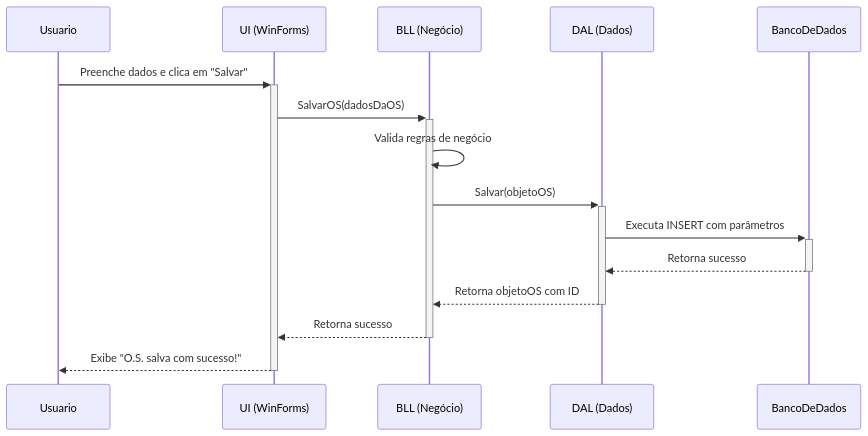
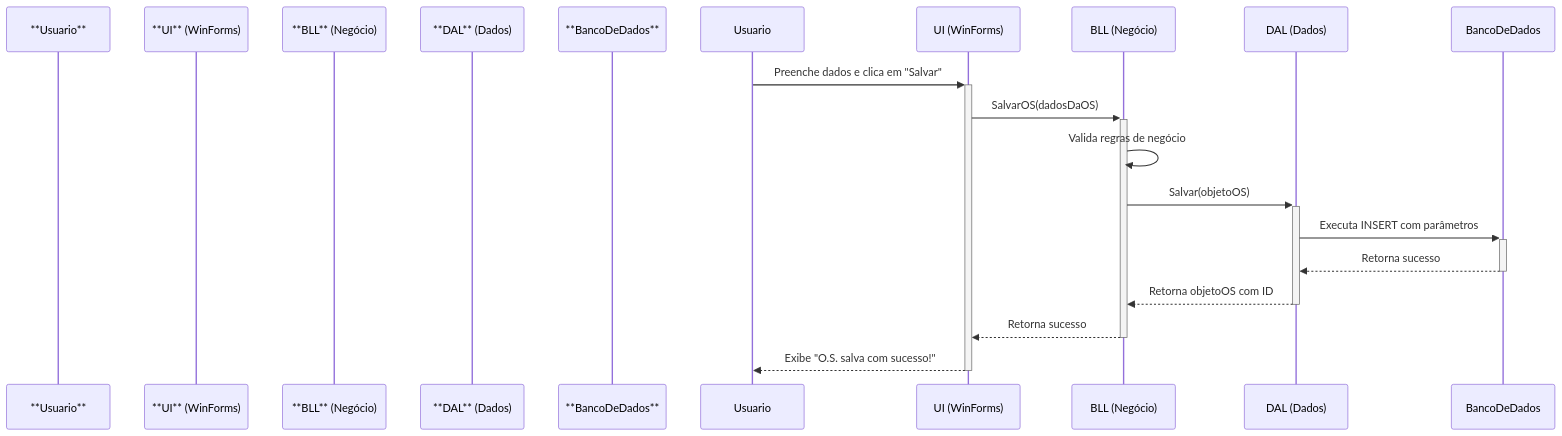
Before and after one commit to Naasso/Sistema-de-Gest-o-Empresarial-Full-Stack: the third of 3 diagrams in README.md, drawn with Mermaid. The commit also changed other lines of this file, not shown here.

````diff
--- a/README.md
+++ b/README.md
@@ -157,18 +157,18 @@
 ```mermaid
 sequenceDiagram
-    participant Usuario
-    participant UI (WinForms)
-    participant BLL (Negócio)
-    participant DAL (Dados)
-    participant BancoDeDados
+    participant **Usuario**
+    participant **UI** (WinForms)
+    participant **BLL** (Negócio)
+    participant **DAL** (Dados)
+    participant **BancoDeDados**
 
     Usuario->>+UI (WinForms): Preenche dados e clica em "Salvar"
     UI (WinForms)->>+BLL (Negócio): SalvarOS(dadosDaOS)
     BLL (Negócio)->>BLL (Negócio): Valida regras de negócio
     BLL (Negócio)->>+DAL (Dados): Salvar(objetoOS)
     DAL (Dados)->>+BancoDeDados: Executa INSERT com parâmetros
     BancoDeDados-->>-DAL (Dados): Retorna sucesso
     DAL (Dados)-->>-BLL (Negócio): Retorna objetoOS com ID
     BLL (Negócio)-->>-UI (WinForms): Retorna sucesso
     UI (WinForms)-->>-Usuario: Exibe "O.S. salva com sucesso!"
 ```
````
